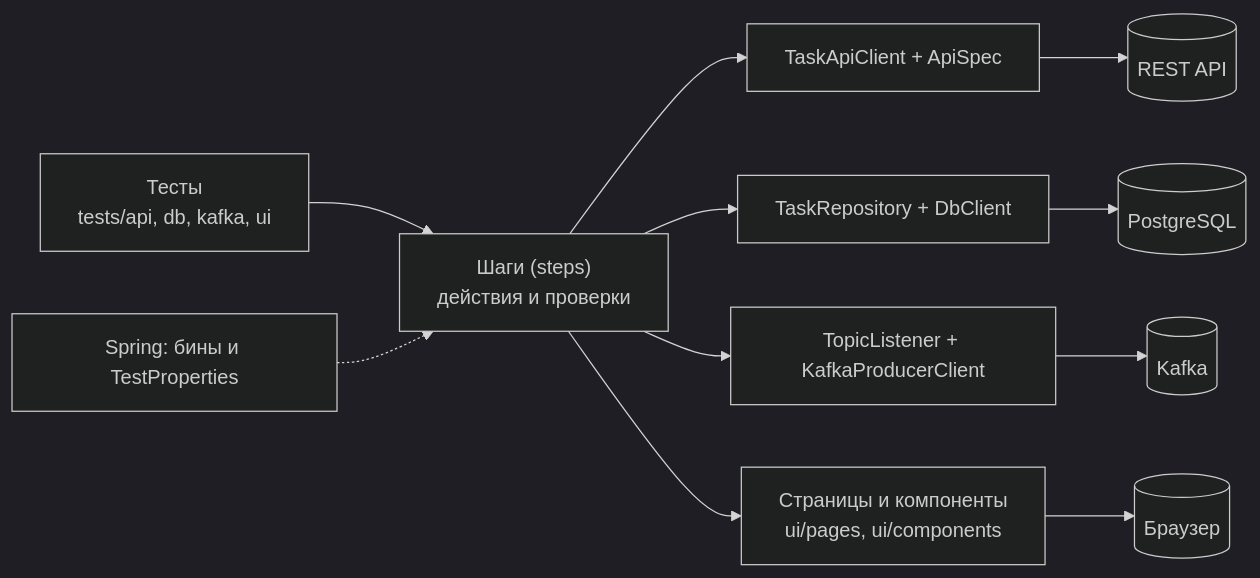
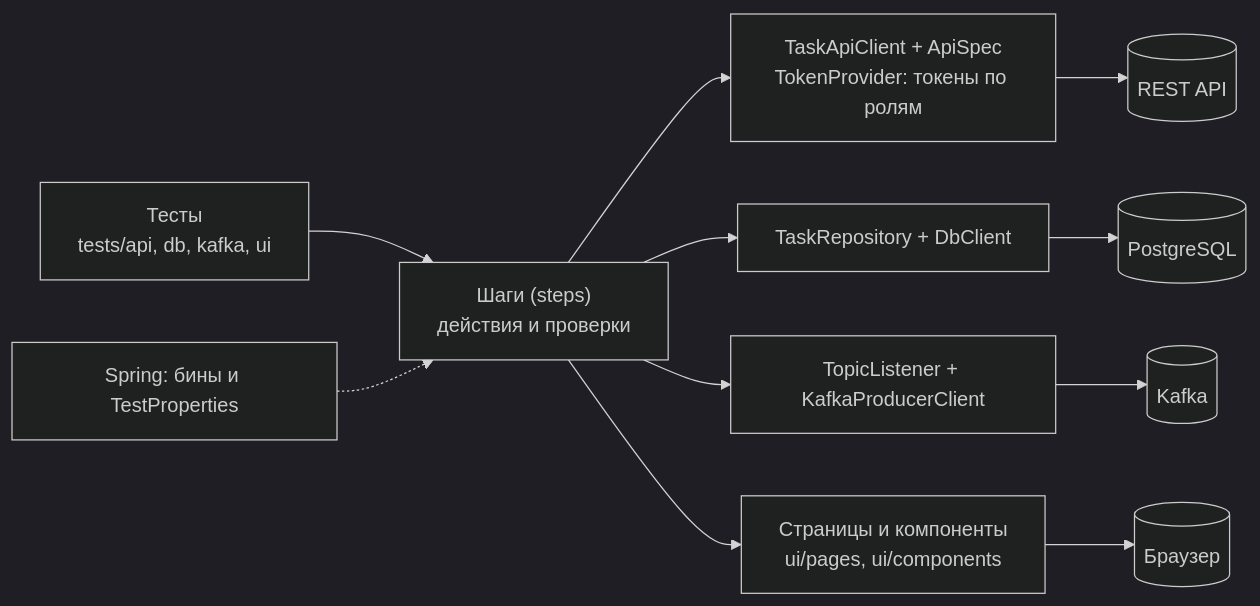
Before and after one commit to ArtemKarDev/task-api-tests: the second of 6 diagrams in README.md, drawn with Mermaid (dark theme). The commit also changed other lines of this file, not shown here.

````diff
--- a/README.md
+++ b/README.md
@@ -207,9 +285,9 @@
 ```mermaid
 flowchart LR
     T["Тесты<br/>tests/api, db, kafka, ui"] --> S["Шаги (steps)<br/>действия и проверки"]
-    S --> C1["TaskApiClient + ApiSpec"] --> API[("REST API")]
+    S --> C1["TaskApiClient + ApiSpec<br/>TokenProvider: токены по ролям"] --> API[("REST API")]
     S --> C2["TaskRepository + DbClient"] --> DB[("PostgreSQL")]
     S --> C3["TopicListener + KafkaProducerClient"] --> KF[("Kafka")]
     S --> C4["Страницы и компоненты<br/>ui/pages, ui/components"] --> BR[("Браузер")]
     SP["Spring: бины и TestProperties"] -.-> S
 ```
````
